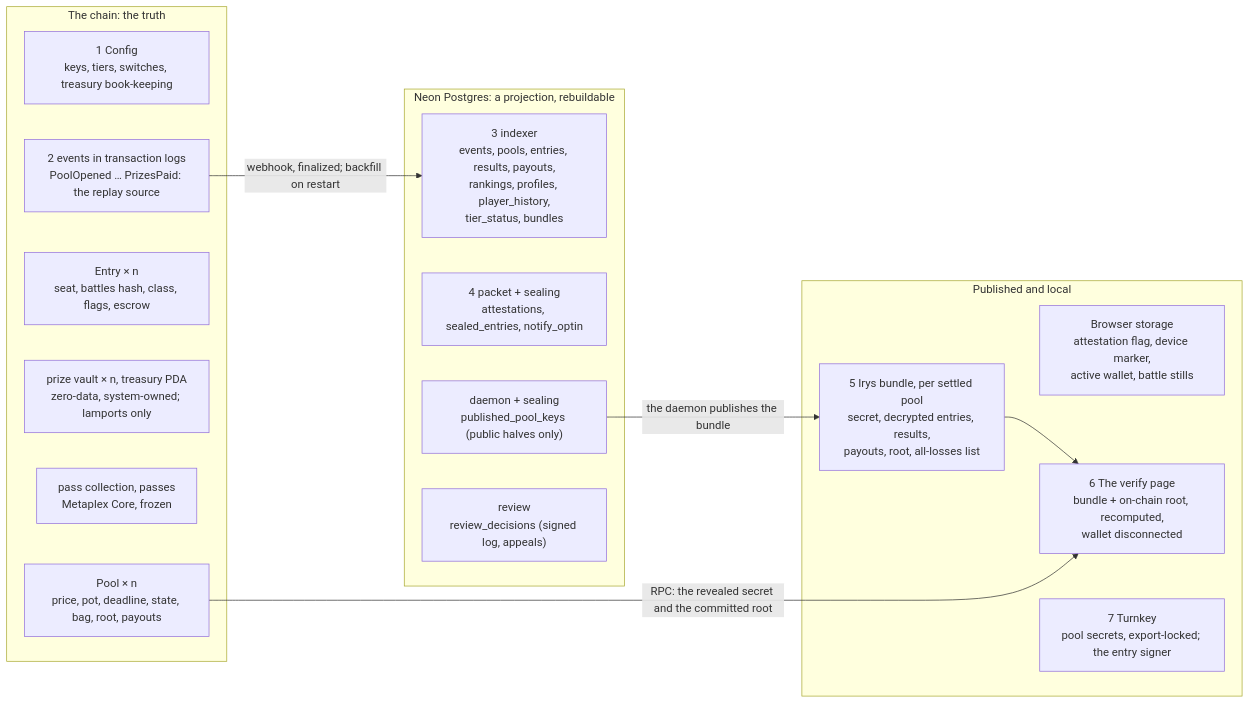
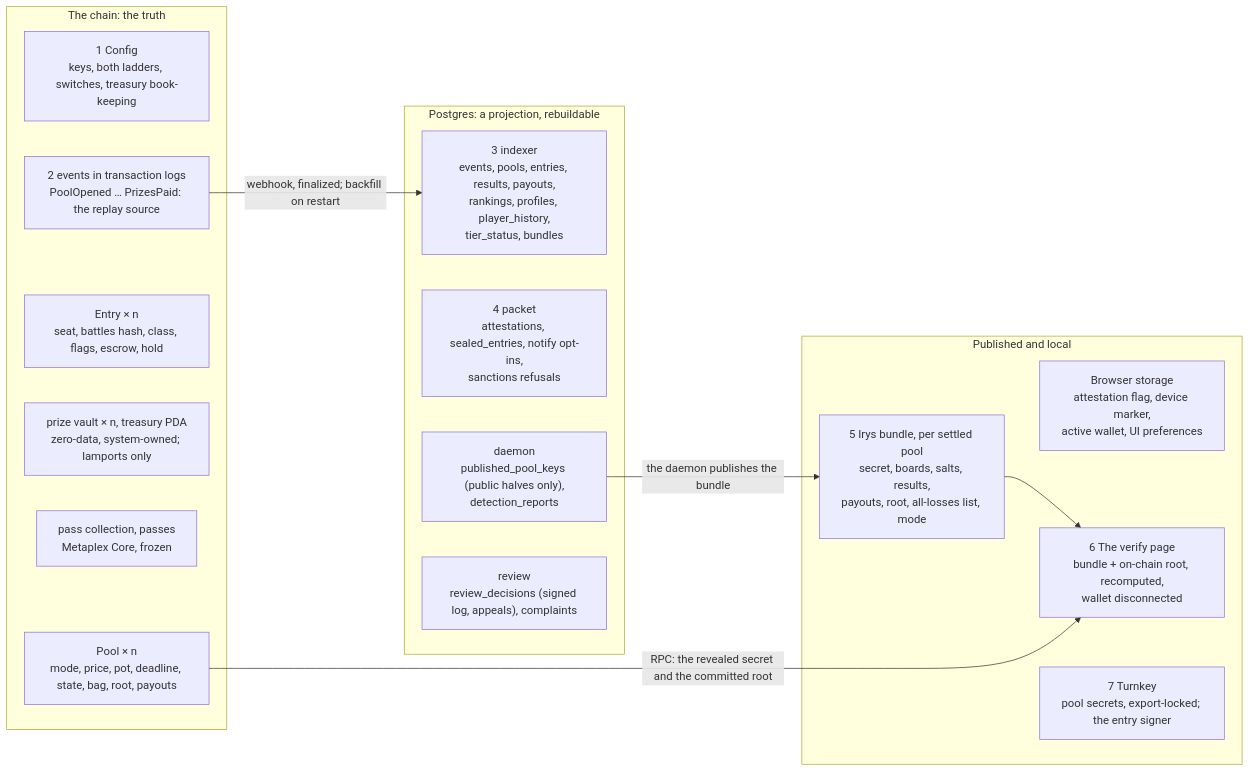
One commit to tomtblock/blotto changed the sixth of 7 diagrams in docs/architecture/DIAGRAMS.md. Above: the diagram before and after it, drawn with Mermaid. The commit also changed other lines of this file and 1 other file, not shown here.

First line of the commit message:
Docs cleanup: architecture and diagrams re-verified against the code

````diff
--- a/docs/architecture/DIAGRAMS.md
+++ b/docs/architecture/DIAGRAMS.md
@@ -324,27 +323,27 @@
 ```mermaid
 flowchart LR
   subgraph chain["The chain: the truth"]
-    C1["1 Config<br/>keys, tiers, switches, treasury book-keeping"]
-    C2["Pool × n<br/>price, pot, deadline, state, bag, root, payouts"]
-    C3["Entry × n<br/>seat, battles hash, class, flags, escrow"]
+    C1["1 Config<br/>keys, both ladders, switches, treasury book-keeping"]
+    C2["Pool × n<br/>mode, price, pot, deadline, state, bag, root, payouts"]
+    C3["Entry × n<br/>seat, battles hash, class, flags, escrow, hold"]
     C4["prize vault × n, treasury PDA<br/>zero-data, system-owned; lamports only"]
     C5["pass collection, passes<br/>Metaplex Core, frozen"]
     C6["2 events in transaction logs<br/>PoolOpened … PrizesPaid: the replay source"]
   end
-  subgraph neon["Neon Postgres: a projection, rebuildable"]
+  subgraph pg["Postgres: a projection, rebuildable"]
     N1["3 indexer<br/>events, pools, entries, results, payouts,<br/>rankings, profiles, player_history,<br/>tier_status, bundles"]
-    N2["4 packet + sealing<br/>attestations, sealed_entries, notify_optin"]
-    N3["daemon + sealing<br/>published_pool_keys (public halves only)"]
-    N4["review<br/>review_decisions (signed log, appeals)"]
+    N2["4 packet<br/>attestations, sealed_entries, notify opt-ins,<br/>sanctions refusals"]
+    N3["daemon<br/>published_pool_keys (public halves only),<br/>detection_reports"]
+    N4["review<br/>review_decisions (signed log, appeals), complaints"]
   end
   subgraph pub["Published and local"]
-    P1["5 Irys bundle, per settled pool<br/>secret, decrypted entries, results,<br/>payouts, root, all-losses list"]
-    P2["Browser storage<br/>attestation flag, device marker,<br/>active wallet, battle stills"]
+    P1["5 Irys bundle, per settled pool<br/>secret, boards, salts, results,<br/>payouts, root, all-losses list, mode"]
+    P2["Browser storage<br/>attestation flag, device marker,<br/>active wallet, UI preferences"]
     P3["6 The verify page<br/>bundle + on-chain root, recomputed,<br/>wallet disconnected"]
     P4["7 Turnkey<br/>pool secrets, export-locked; the entry signer"]
   end
   C6 -- "webhook, finalized; backfill on restart" --> N1
   N3 -- "the daemon publishes the bundle" --> P1
   P1 --> P3
   C2 -- "RPC: the revealed secret and the committed root" --> P3
 ```
````
